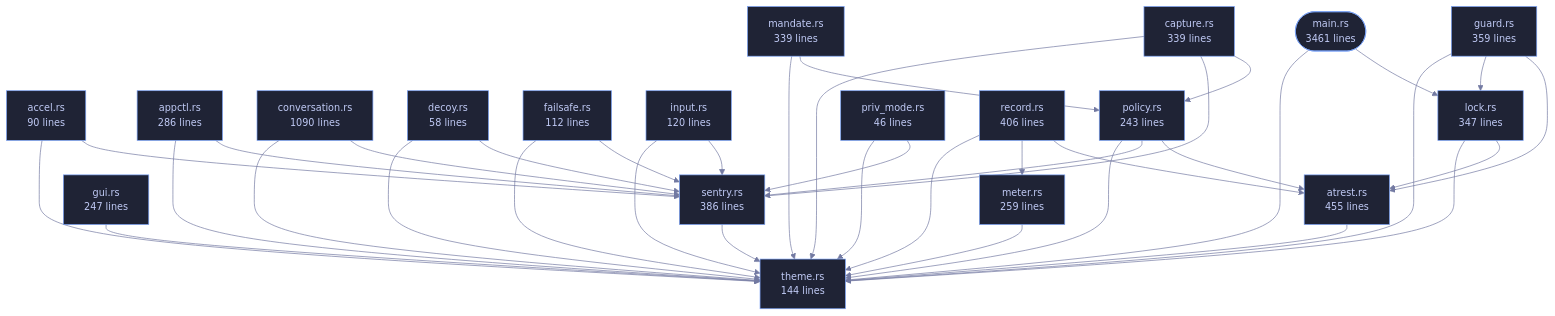
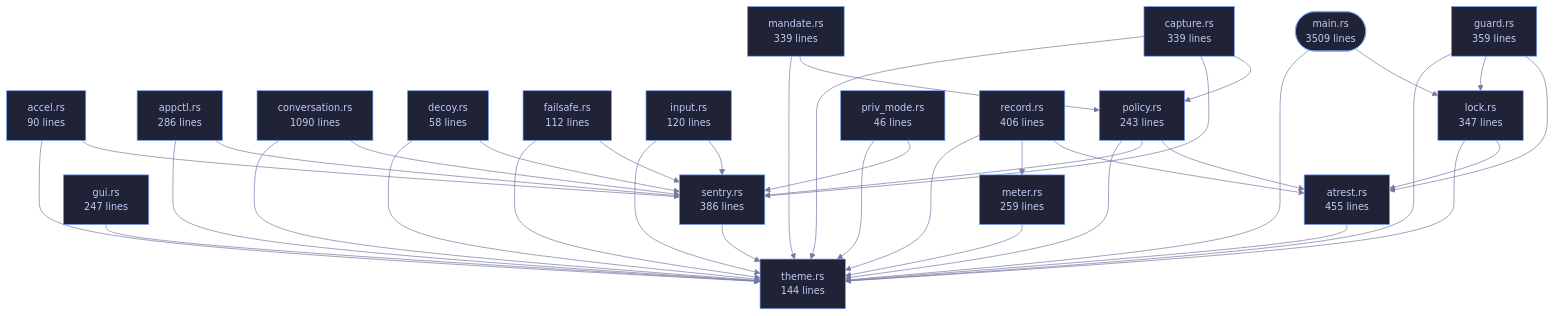
The diagram in crates/veilvoice-cli/README.md (tilas01/veilvoice), drawn with Mermaid before and after one commit. The commit also changed other lines of this file and 57 other files, not shown here.

````diff
--- a/crates/veilvoice-cli/README.md
+++ b/crates/veilvoice-cli/README.md
@@ -110,78 +110,78 @@
 ```mermaid
 %%{init: {"theme":"base","themeVariables":{"background":"#1a1b26","primaryColor":"#1f2335","primaryTextColor":"#c0caf5","primaryBorderColor":"#7aa2f7","secondaryColor":"#16161e","tertiaryColor":"#16161e","lineColor":"#737aa2","textColor":"#c0caf5","mainBkg":"#1f2335","nodeBorder":"#7aa2f7","clusterBkg":"#16161e","clusterBorder":"#2f3549","fontFamily":"ui-monospace, SFMono-Regular, Consolas, monospace","fontSize":"14px"}}}%%
 flowchart TD
-    n_main(["main.rs<br/>3461 lines"])
+    n_main(["main.rs<br/>3509 lines"])
     n_accel["accel.rs<br/>90 lines"]
     n_appctl["appctl.rs<br/>286 lines"]
     n_atrest["atrest.rs<br/>455 lines"]
     n_capture["capture.rs<br/>339 lines"]
     n_conversation["conversation.rs<br/>1090 lines"]
     n_decoy["decoy.rs<br/>58 lines"]
     n_failsafe["failsafe.rs<br/>112 lines"]
     n_guard["guard.rs<br/>359 lines"]
     n_gui["gui.rs<br/>247 lines"]
     n_input["input.rs<br/>120 lines"]
     n_lock["lock.rs<br/>347 lines"]
     n_mandate["mandate.rs<br/>339 lines"]
     n_meter["meter.rs<br/>259 lines"]
     n_policy["policy.rs<br/>243 lines"]
     n_priv_mode["priv_mode.rs<br/>46 lines"]
     n_record["record.rs<br/>406 lines"]
     n_sentry["sentry.rs<br/>386 lines"]
     n_theme["theme.rs<br/>144 lines"]
     n_accel --> n_sentry
     n_accel --> n_theme
     n_appctl --> n_sentry
     n_appctl --> n_theme
     n_atrest --> n_theme
     n_capture --> n_policy
     n_capture --> n_sentry
     n_capture --> n_theme
     n_conversation --> n_sentry
     n_conversation --> n_theme
     n_decoy --> n_sentry
     n_decoy --> n_theme
     n_failsafe --> n_sentry
     n_failsafe --> n_theme
     n_guard --> n_atrest
     n_guard --> n_lock
     n_guard --> n_theme
     n_gui --> n_theme
     n_input --> n_sentry
     n_input --> n_theme
     n_lock --> n_atrest
     n_lock --> n_theme
     n_main --> n_lock
     n_main --> n_theme
     n_mandate --> n_policy
     n_mandate --> n_theme
     n_meter --> n_theme
     n_policy --> n_atrest
     n_policy --> n_sentry
     n_policy --> n_theme
     n_priv_mode --> n_sentry
     n_priv_mode --> n_theme
     n_record --> n_atrest
     n_record --> n_meter
     n_record --> n_theme
     n_sentry --> n_theme
     click n_main href "https://github.com/tilas01/veilvoice/blob/main/crates/veilvoice-cli/src/main.rs" "open the source"
     click n_accel href "https://github.com/tilas01/veilvoice/blob/main/crates/veilvoice-cli/src/accel.rs" "open the source"
     click n_appctl href "https://github.com/tilas01/veilvoice/blob/main/crates/veilvoice-cli/src/appctl.rs" "open the source"
     click n_atrest href "https://github.com/tilas01/veilvoice/blob/main/crates/veilvoice-cli/src/atrest.rs" "open the source"
     click n_capture href "https://github.com/tilas01/veilvoice/blob/main/crates/veilvoice-cli/src/capture.rs" "open the source"
     click n_conversation href "https://github.com/tilas01/veilvoice/blob/main/crates/veilvoice-cli/src/conversation.rs" "open the source"
     click n_decoy href "https://github.com/tilas01/veilvoice/blob/main/crates/veilvoice-cli/src/decoy.rs" "open the source"
     click n_failsafe href "https://github.com/tilas01/veilvoice/blob/main/crates/veilvoice-cli/src/failsafe.rs" "open the source"
     click n_guard href "https://github.com/tilas01/veilvoice/blob/main/crates/veilvoice-cli/src/guard.rs" "open the source"
     click n_gui href "https://github.com/tilas01/veilvoice/blob/main/crates/veilvoice-cli/src/gui.rs" "open the source"
     click n_input href "https://github.com/tilas01/veilvoice/blob/main/crates/veilvoice-cli/src/input.rs" "open the source"
     click n_lock href "https://github.com/tilas01/veilvoice/blob/main/crates/veilvoice-cli/src/lock.rs" "open the source"
     click n_mandate href "https://github.com/tilas01/veilvoice/blob/main/crates/veilvoice-cli/src/mandate.rs" "open the source"
     click n_meter href "https://github.com/tilas01/veilvoice/blob/main/crates/veilvoice-cli/src/meter.rs" "open the source"
     click n_policy href "https://github.com/tilas01/veilvoice/blob/main/crates/veilvoice-cli/src/policy.rs" "open the source"
     click n_priv_mode href "https://github.com/tilas01/veilvoice/blob/main/crates/veilvoice-cli/src/priv_mode.rs" "open the source"
     click n_record href "https://github.com/tilas01/veilvoice/blob/main/crates/veilvoice-cli/src/record.rs" "open the source"
     click n_sentry href "https://github.com/tilas01/veilvoice/blob/main/crates/veilvoice-cli/src/sentry.rs" "open the source"
     click n_theme href "https://github.com/tilas01/veilvoice/blob/main/crates/veilvoice-cli/src/theme.rs" "open the source"
 ```
````
